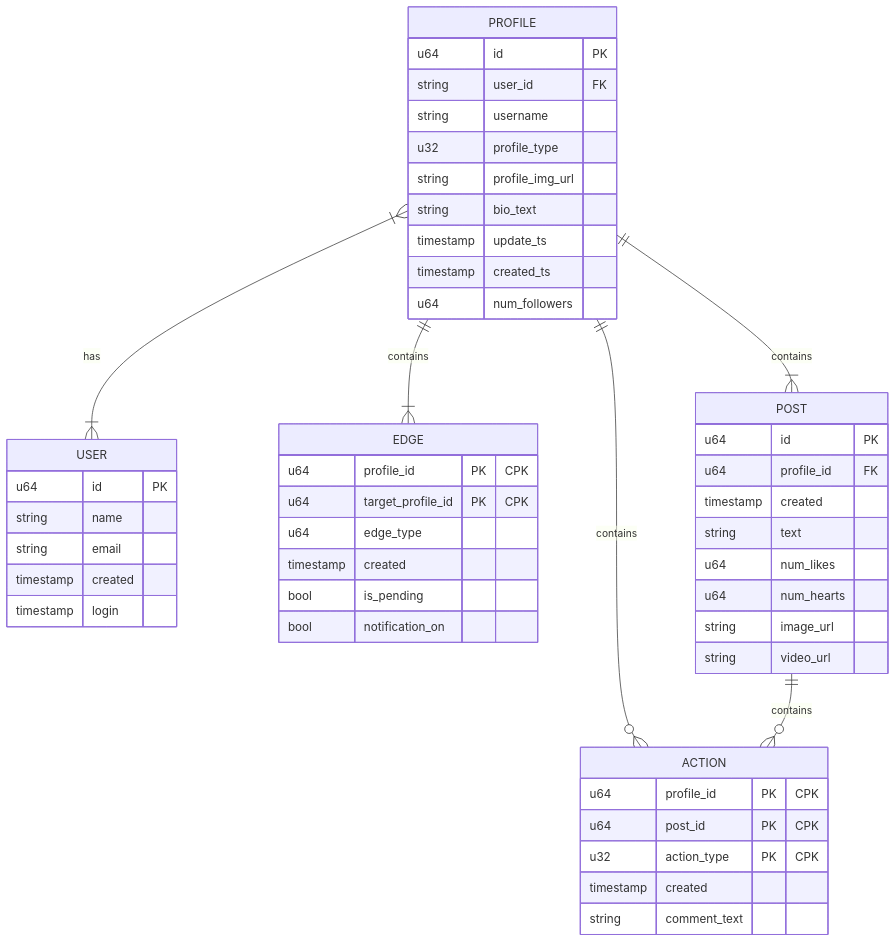
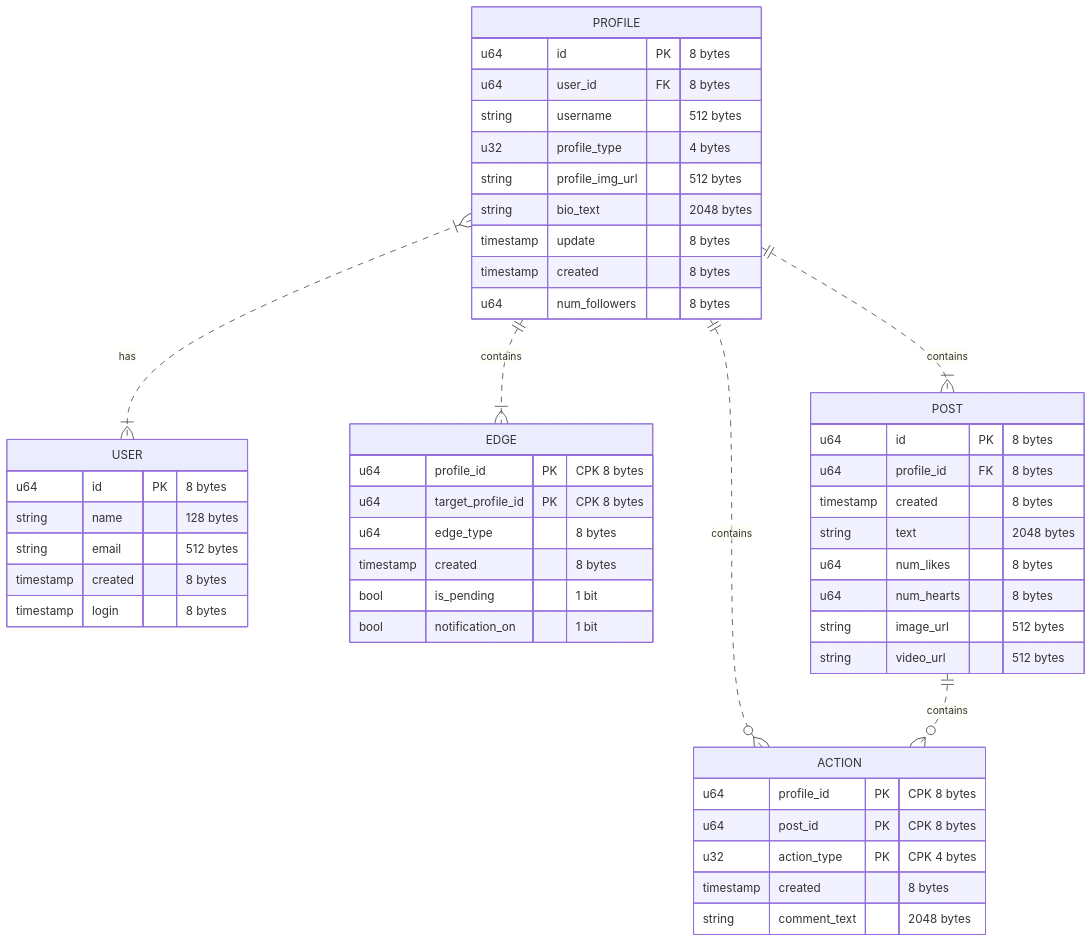
One commit to brpandey/leetcode-notes changed the diagram in sys-design/hacking/25_social_media_post_sharing.md. Above: the diagram before and after it, drawn with Mermaid. The commit also changed other lines of this file and 16 other files, not shown here.

Commit message:
Added schema data type sizes

````diff
--- a/sys-design/hacking/25_social_media_post_sharing.md
+++ b/sys-design/hacking/25_social_media_post_sharing.md
@@ -54,53 +54,51 @@
 ```mermaid
 erDiagram
-    PROFILE }|--|{ USER : has
-    PROFILE ||--|{ EDGE : contains 
-    PROFILE ||--o{ ACTION : contains
-    PROFILE ||--|{ POST : contains
+    PROFILE }|..|{ USER : has
+    PROFILE ||..|{ EDGE : contains 
+    PROFILE ||..o{ ACTION : contains
+    PROFILE ||..|{ POST : contains
     PROFILE {
-        u64 id PK
-        string user_id FK
-        string username
-        u32 profile_type
-        string profile_img_url
-        string bio_text
-        timestamp update_ts
-        timestamp created_ts
-        u64 num_followers
-
+        u64 id PK "8 bytes"
+        u64 user_id FK "8 bytes"
+        string username "512 bytes"
+        u32 profile_type "4 bytes"
+        string profile_img_url "512 bytes"
+        string bio_text "2048 bytes"
+        timestamp update "8 bytes"
+        timestamp created "8 bytes"
+        u64 num_followers "8 bytes"
     }
     USER {
-        u64 id PK 
-        string name
-        string email
-        timestamp created
-        timestamp login
+        u64 id PK "8 bytes"
+        string name "128 bytes"
+        string email "512 bytes"
+        timestamp created "8 bytes"
+        timestamp login "8 bytes"
     }
-    POST ||--o{ ACTION : contains
+    POST ||..o{ ACTION : contains
     POST {
-        u64 id PK 
-        u64 profile_id FK
-        timestamp created
-        string text
-        u64 num_likes
-        u64 num_hearts
-        string image_url
-        string video_url
+        u64 id PK "8 bytes"
+        u64 profile_id FK "8 bytes"
+        timestamp created "8 bytes"
+        string text "2048 bytes"
+        u64 num_likes "8 bytes"
+        u64 num_hearts "8 bytes"
+        string image_url "512 bytes"
+        string video_url "512 bytes"
     }
     EDGE {
-        u64 profile_id PK "CPK"
-        u64 target_profile_id PK "CPK"
-        u64 edge_type
-        timestamp created
-        bool is_pending
-        bool notification_on 
+        u64 profile_id PK "CPK 8 bytes"
+        u64 target_profile_id PK "CPK 8 bytes"
+        u64 edge_type "8 bytes"
+        timestamp created "8 bytes"
+        bool is_pending "1 bit"
+        bool notification_on "1 bit"
     }
-
     ACTION {
-        u64 profile_id PK "CPK"
-        u64 post_id PK "CPK"
-        u32 action_type PK "CPK"
-        timestamp created 
-        string comment_text
+        u64 profile_id PK "CPK 8 bytes"
+        u64 post_id PK "CPK 8 bytes"
+        u32 action_type PK "CPK 4 bytes"
+        timestamp created "8 bytes"
+        string comment_text "2048 bytes"
     }
 ```
````
